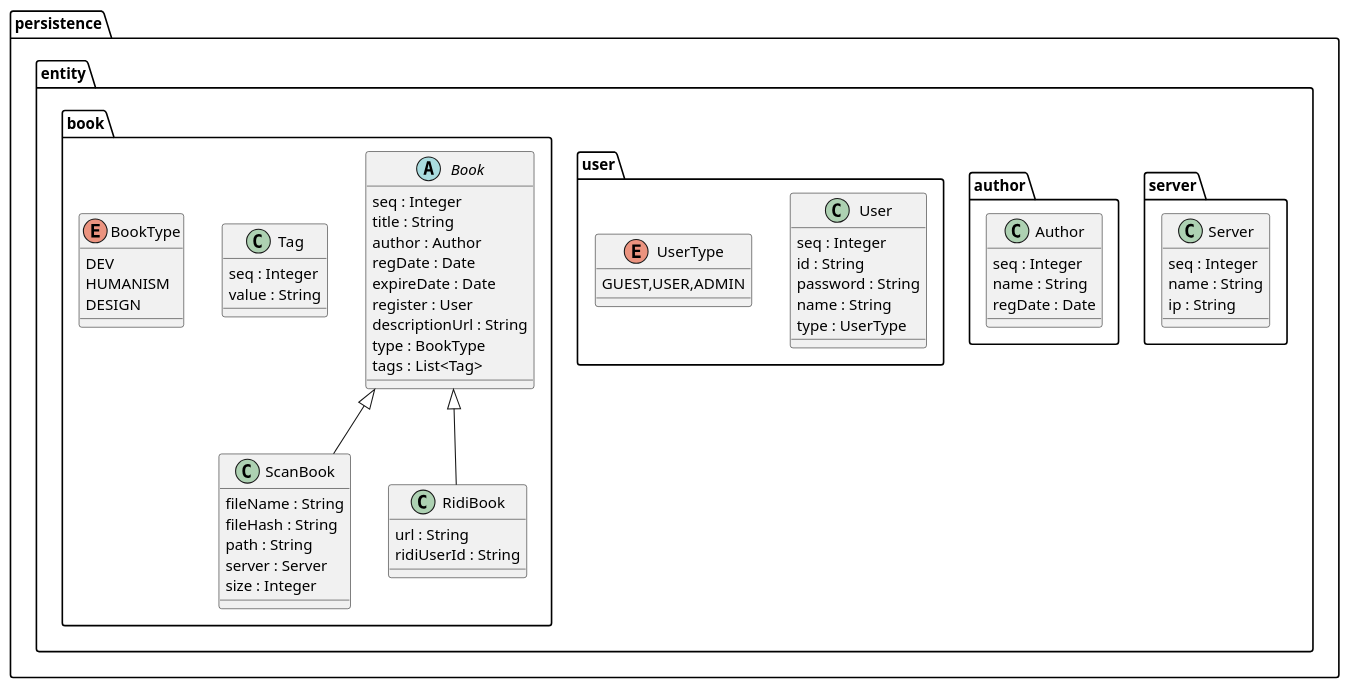
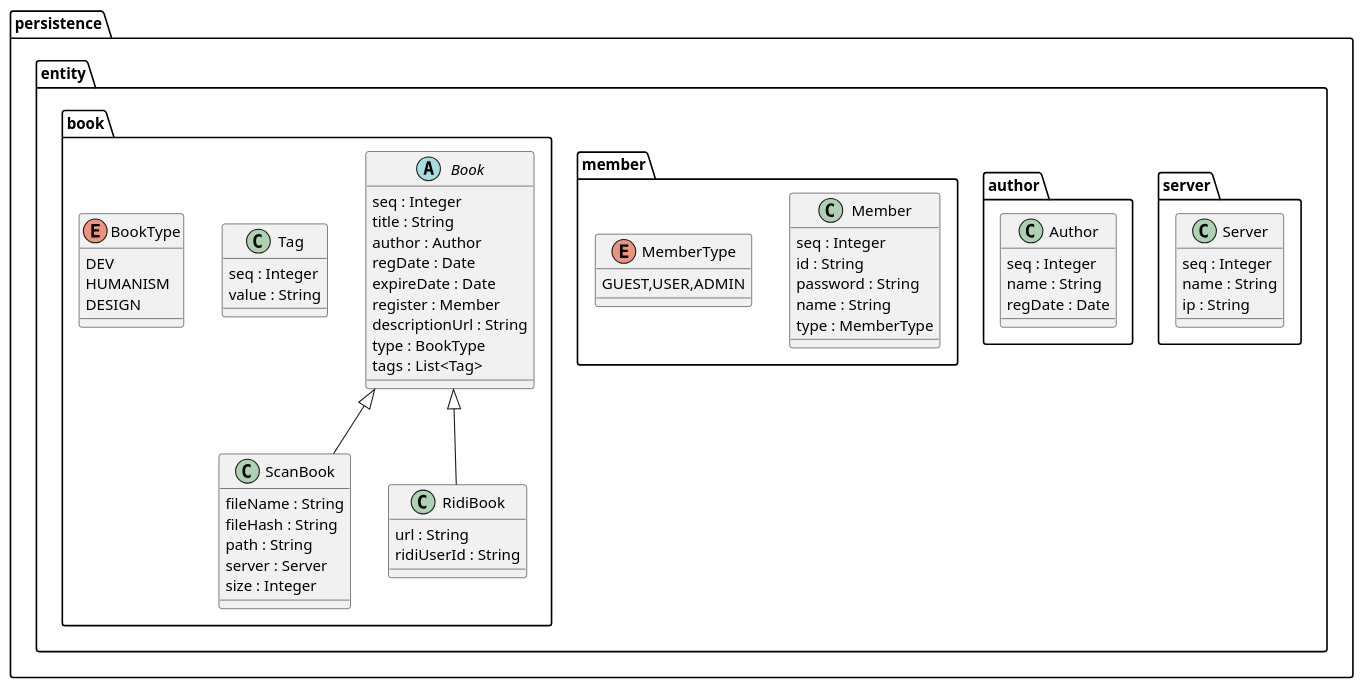
Before and after one commit to glqdlt/myhome-manager: the diagram in uml/all-class-diagram.puml, drawn with PlantUML. The commit also changed 10 other files, not shown here.

```diff
--- a/uml/all-class-diagram.puml
+++ b/uml/all-class-diagram.puml
@@ -1,75 +1,75 @@
 @startuml
 
 
 package persistence.entity.server{
 
     class Server{
     seq : Integer
     name : String
     ip : String
     }
 
 }
 
 package persistence.entity.author{
     class Author{
         seq : Integer
         name : String
         regDate : Date
     }
 }
 
-package persistence.entity.user{
-class User {
+package persistence.entity.member{
+class Member {
     seq : Integer
     id : String
     password : String
     name : String
-    type : UserType
+    type : MemberType
 }
 
-enum UserType{
+enum MemberType{
     GUEST,USER,ADMIN
 }
 }
 package persistence.entity.book {
 abstract class Book{
     seq : Integer
     title : String
     author : Author
     regDate : Date
     expireDate : Date
-    register : User
+    register : Member
     descriptionUrl : String
     type : BookType
     tags : List<Tag>
 }
 
 class Tag {
     seq : Integer
     value : String
 }
 Book <|-- ScanBook
 Book <|-- RidiBook
 
 class ScanBook{
     fileName : String
     fileHash : String
     path : String
     server : Server
     size : Integer
 }
 
 class RidiBook{
     url : String
     ridiUserId : String
 }
 
 enum BookType {
     DEV
     HUMANISM
     DESIGN
 }
 }
 
 @enduml
```
